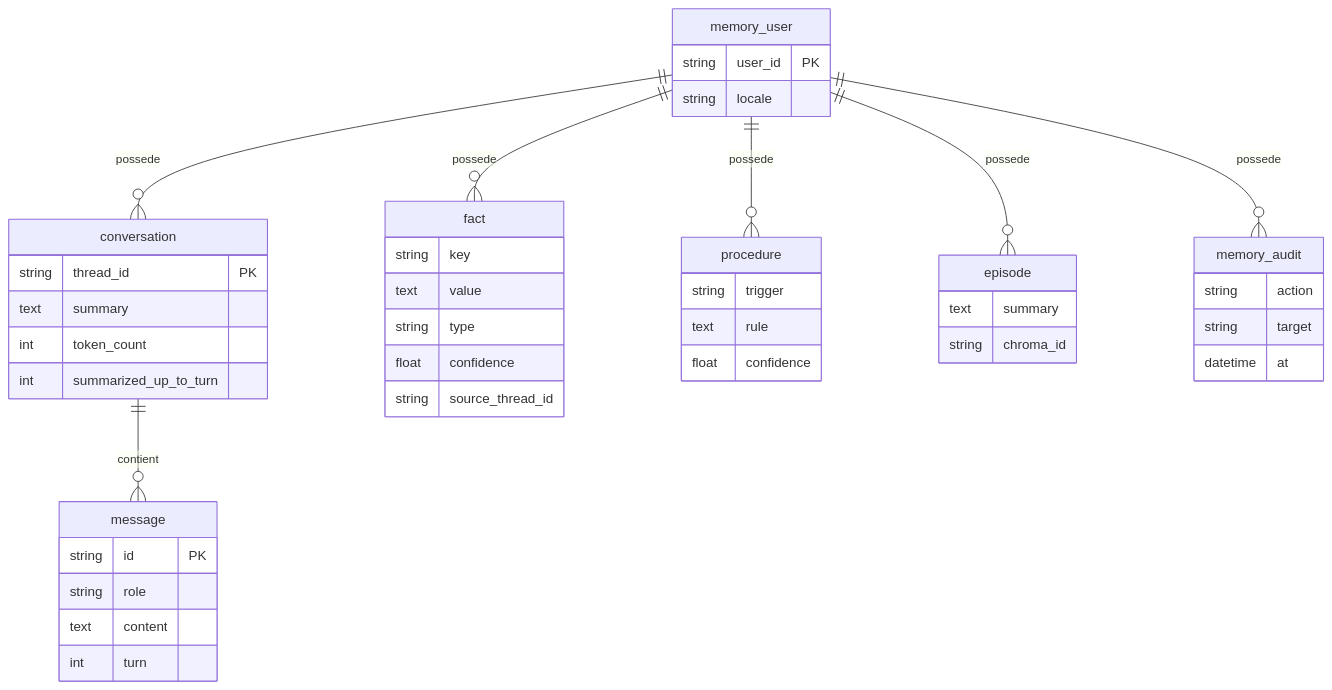
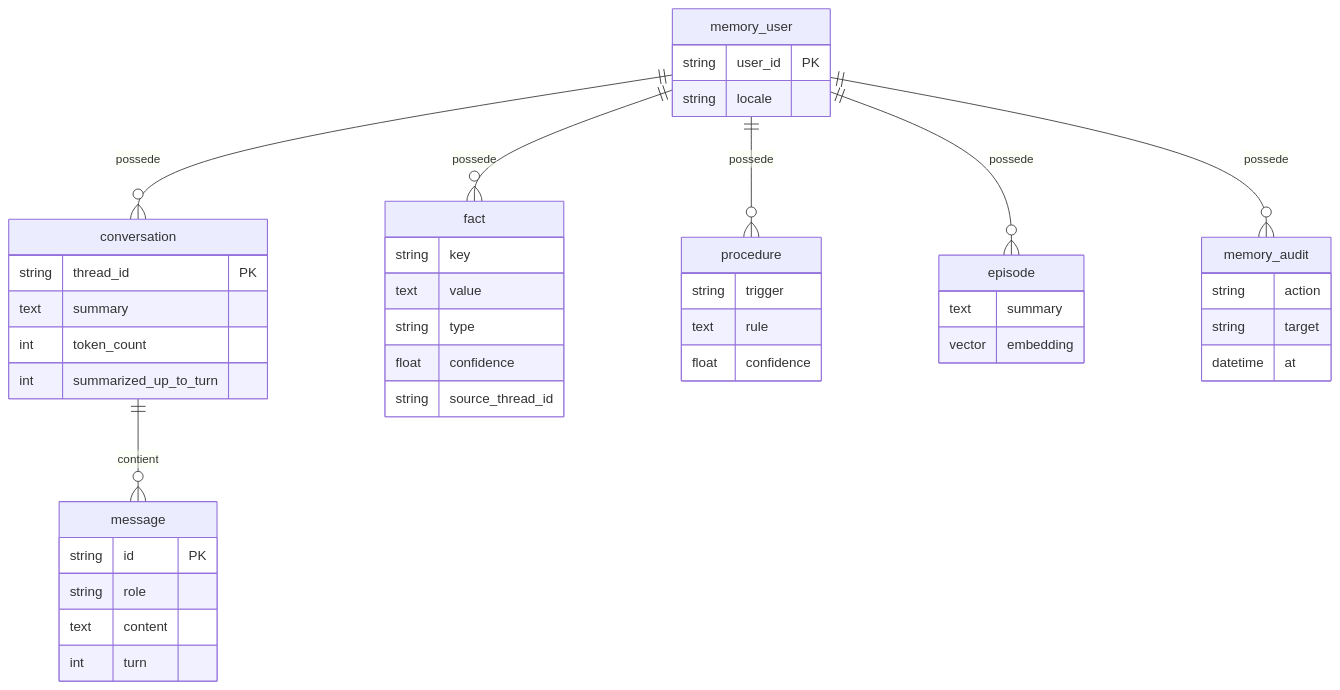
One commit to sofiane-git/velmo-v2 changed the second of 6 diagrams in docs/explanation/presentation_chantier1_memoire.md. Above: the diagram before and after it, drawn with Mermaid. The commit also changed other lines of this file and 5 other files, not shown here.

````diff
--- a/docs/explanation/presentation_chantier1_memoire.md
+++ b/docs/explanation/presentation_chantier1_memoire.md
@@ -39,47 +39,47 @@
 ```mermaid
 erDiagram
     memory_user ||--o{ conversation : possede
     memory_user ||--o{ fact : possede
     memory_user ||--o{ procedure : possede
     memory_user ||--o{ episode : possede
     memory_user ||--o{ memory_audit : possede
     conversation ||--o{ message : contient
 
     memory_user {
         string user_id PK
         string locale
     }
     conversation {
         string thread_id PK
         text summary
         int token_count
         int summarized_up_to_turn
     }
     message {
         string id PK
         string role
         text content
         int turn
     }
     fact {
         string key
         text value
         string type
         float confidence
         string source_thread_id
     }
     procedure {
         string trigger
         text rule
         float confidence
     }
     episode {
         text summary
-        string chroma_id
+        vector embedding
     }
     memory_audit {
         string action
         string target
         datetime at
     }
 ```
````
